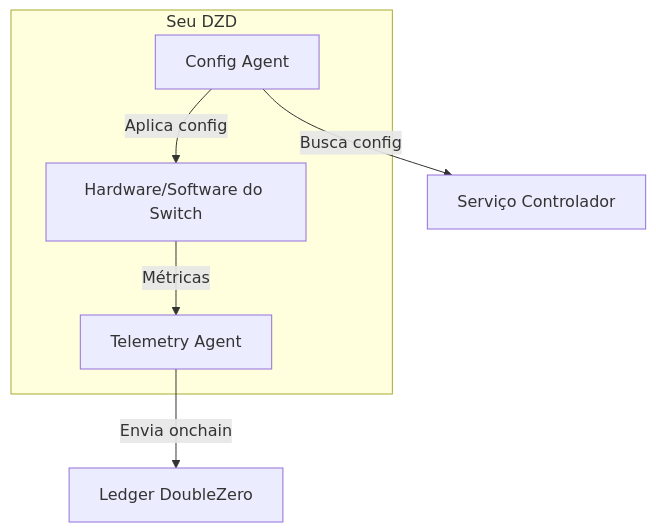
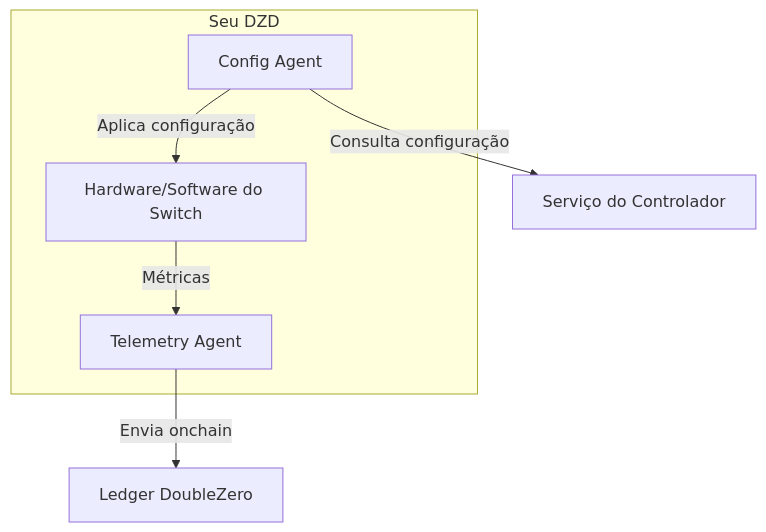
Before and after one commit to malbeclabs/docs: diagram 12 of 13 in docs/contribute-provisioning.pt.md, drawn with Mermaid. The commit also changed other lines of this file and 160 other files, not shown here.

````diff
--- a/docs/contribute-provisioning.pt.md
+++ b/docs/contribute-provisioning.pt.md
@@ -697,14 +766,14 @@
 ```mermaid
 flowchart TB
     subgraph "Seu DZD"
         CA[Config Agent]
         TA[Telemetry Agent]
         HW[Hardware/Software do Switch]
     end
 
-    CA -->|Busca config| CTRL[Serviço Controlador]
-    CA -->|Aplica config| HW
+    CA -->|Consulta configuração| CTRL[Serviço do Controlador]
+    CA -->|Aplica configuração| HW
 
     HW -->|Métricas| TA
     TA -->|Envia onchain| BC[Ledger DoubleZero]
 ```
````
